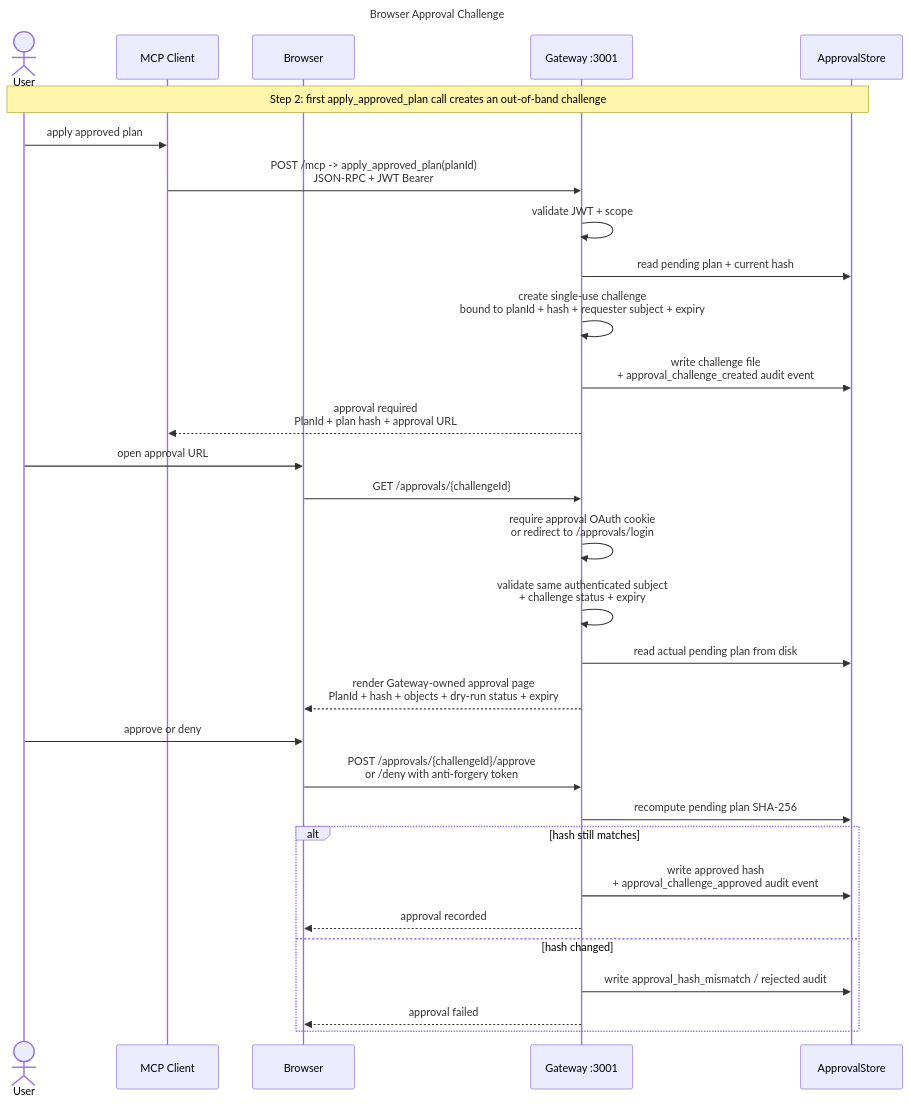
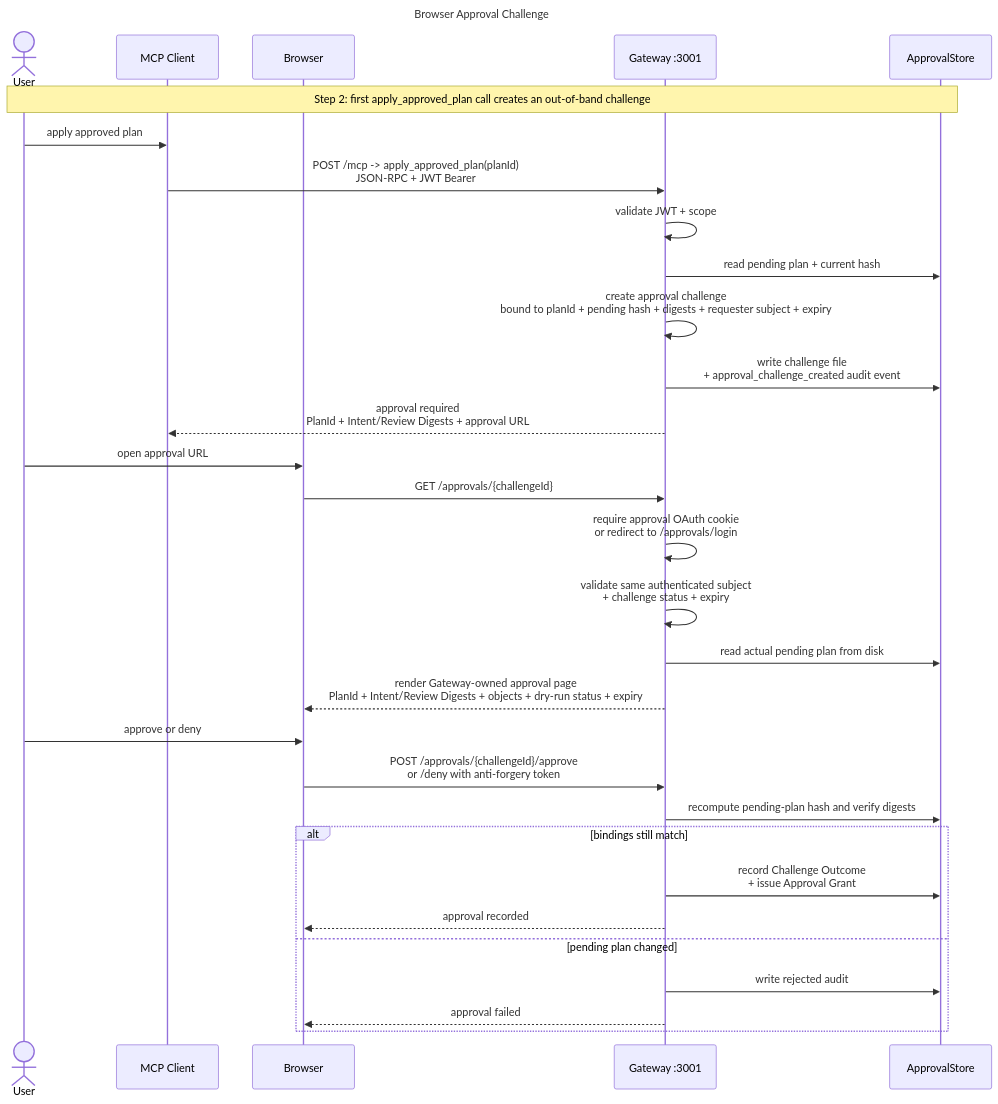
Before and after one commit to mirusser/Kubernetes-MCP-Guard: the fifth of 7 diagrams in docs/architecture.md, drawn with Mermaid. The commit also changed other lines of this file and 53 other files, not shown here.

Commit message:
feat: digest bound approval grants

````diff
--- a/docs/architecture.md
+++ b/docs/architecture.md
@@ -208,39 +208,39 @@
 ```mermaid
 ---
 title: Browser Approval Challenge
 ---
 sequenceDiagram
     actor User
     participant Client as MCP Client
     participant Browser as Browser
     participant GW as Gateway :3001
     participant Store as ApprovalStore
 
     Note over User,Store: Step 2: first apply_approved_plan call creates an out-of-band challenge
 
     User->>Client: apply approved plan
     Client->>GW: POST /mcp -> apply_approved_plan(planId)<br/>JSON-RPC + JWT Bearer
     GW->>GW: validate JWT + scope
     GW->>Store: read pending plan + current hash
-    GW->>GW: create single-use challenge<br/>bound to planId + hash + requester subject + expiry
+    GW->>GW: create approval challenge<br/>bound to planId + pending hash + digests + requester subject + expiry
     GW->>Store: write challenge file<br/>+ approval_challenge_created audit event
-    GW-->>Client: approval required<br/>PlanId + plan hash + approval URL
+    GW-->>Client: approval required<br/>PlanId + Intent/Review Digests + approval URL
 
     User->>Browser: open approval URL
     Browser->>GW: GET /approvals/{challengeId}
     GW->>GW: require approval OAuth cookie<br/>or redirect to /approvals/login
     GW->>GW: validate same authenticated subject<br/>+ challenge status + expiry
     GW->>Store: read actual pending plan from disk
-    GW-->>Browser: render Gateway-owned approval page<br/>PlanId + hash + objects + dry-run status + expiry
+    GW-->>Browser: render Gateway-owned approval page<br/>PlanId + Intent/Review Digests + objects + dry-run status + expiry
 
     User->>Browser: approve or deny
     Browser->>GW: POST /approvals/{challengeId}/approve<br/>or /deny with anti-forgery token
-    GW->>Store: recompute pending plan SHA-256
-    alt hash still matches
-        GW->>Store: write approved hash<br/>+ approval_challenge_approved audit event
+    GW->>Store: recompute pending-plan hash and verify digests
+    alt bindings still match
+        GW->>Store: record Challenge Outcome<br/>+ issue Approval Grant
         GW-->>Browser: approval recorded
-    else hash changed
-        GW->>Store: write approval_hash_mismatch / rejected audit
+    else pending plan changed
+        GW->>Store: write rejected audit
         GW-->>Browser: approval failed
     end
 ```
````
